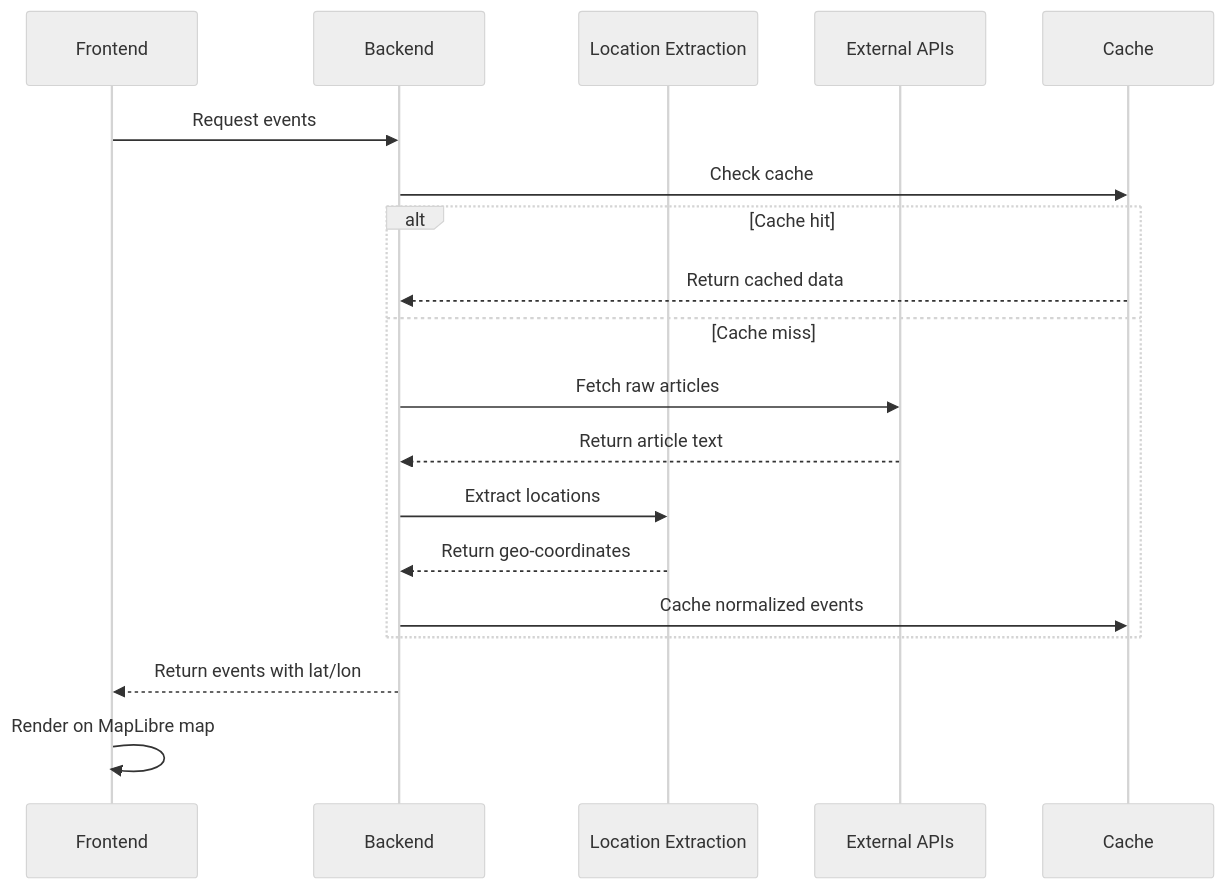
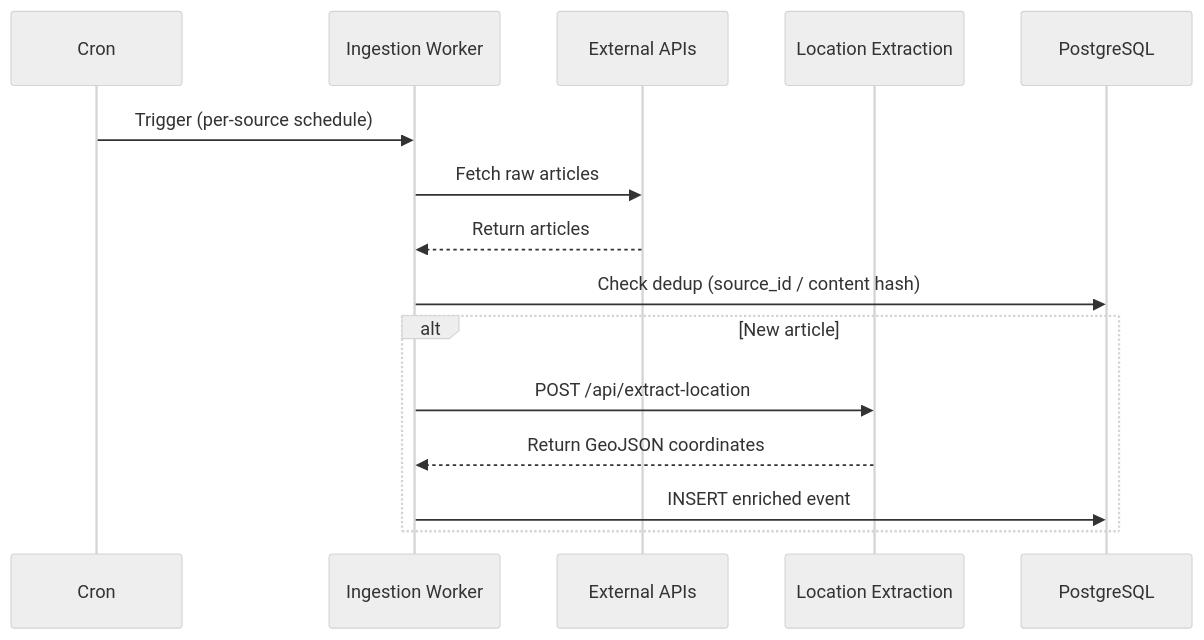
Before and after one commit to ConnectedWanderer/living-map: the second of 3 diagrams in docs/architecture/overview.md, drawn with Mermaid (neutral theme). The commit also changed other lines of this file and 4 other files, not shown here.

First line of the commit message:
architecture: decouple ingestion from serving, add PostgreSQL persistence, add ADRs 9-12

````diff
--- a/docs/architecture/overview.md
+++ b/docs/architecture/overview.md
@@ -69,22 +92,18 @@
 ```mermaid
 sequenceDiagram
-    participant F as Frontend
-    participant B as Backend
-    participant L as Location Extraction
-    participant E as External APIs
-    participant C as Cache
+    participant C as Cron
+    participant IW as Ingestion Worker
+    participant API as External APIs
+    participant LE as Location Extraction
+    participant DB as PostgreSQL
 
-    F->>B: Request events
-    B->>C: Check cache
-    alt Cache hit
-        C-->>B: Return cached data
-    else Cache miss
-        B->>E: Fetch raw articles
-        E-->>B: Return article text
-        B->>L: Extract locations
-        L-->>B: Return geo-coordinates
-        B->>C: Cache normalized events
+    C->>IW: Trigger (per-source schedule)
+    IW->>API: Fetch raw articles
+    API-->>IW: Return articles
+    IW->>DB: Check dedup (source_id / content hash)
+    alt New article
+        IW->>LE: POST /api/extract-location
+        LE-->>IW: Return GeoJSON coordinates
+        IW->>DB: INSERT enriched event
     end
-    B-->>F: Return events with lat/lon
-    F->>F: Render on MapLibre map
 ```
````
